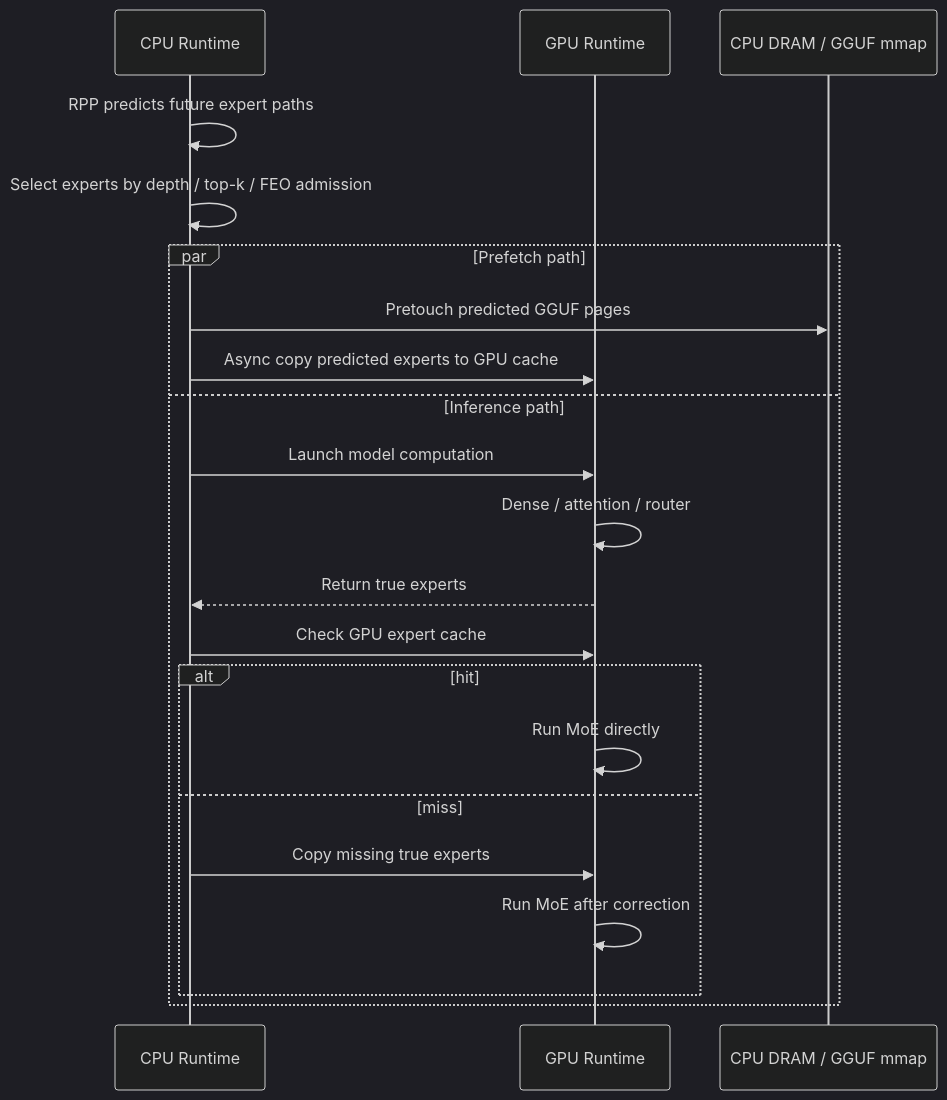
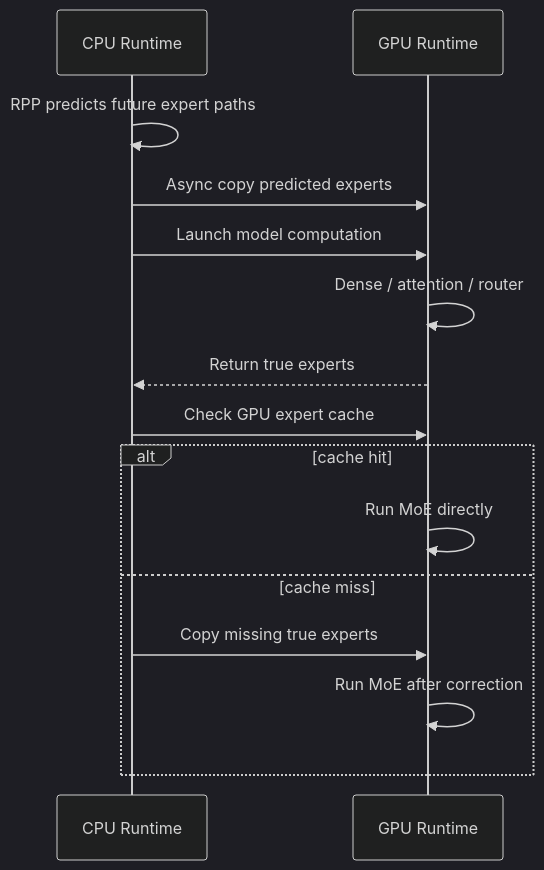
Before and after one commit to WayneHuang1185/MoE-inference-Optimization: the second of 3 diagrams in REPORT.md, drawn with Mermaid (dark theme). The commit also changed other lines of this file, not shown here.

Commit message:
Refine mixed prefetch report method

````diff
--- a/REPORT.md
+++ b/REPORT.md
@@ -20,25 +29,18 @@
 ```mermaid
 sequenceDiagram
     participant CPU as CPU Runtime
     participant GPU as GPU Runtime
-    participant MEM as CPU DRAM / GGUF mmap
 
     CPU->>CPU: RPP predicts future expert paths
-    CPU->>CPU: Select experts by depth / top-k / FEO admission
-
-    par Prefetch path
-        CPU->>MEM: Pretouch predicted GGUF pages
-        CPU->>GPU: Async copy predicted experts to GPU cache
-    and Inference path
-        CPU->>GPU: Launch model computation
-        GPU->>GPU: Dense / attention / router
-        GPU-->>CPU: Return true experts
-        CPU->>GPU: Check GPU expert cache
-        alt hit
-            GPU->>GPU: Run MoE directly
-        else miss
-            CPU->>GPU: Copy missing true experts
-            GPU->>GPU: Run MoE after correction
-        end
+    CPU->>GPU: Async copy predicted experts
+    CPU->>GPU: Launch model computation
+    GPU->>GPU: Dense / attention / router
+    GPU-->>CPU: Return true experts
+    CPU->>GPU: Check GPU expert cache
+    alt cache hit
+        GPU->>GPU: Run MoE directly
+    else cache miss
+        CPU->>GPU: Copy missing true experts
+        GPU->>GPU: Run MoE after correction
     end
 ```
````
